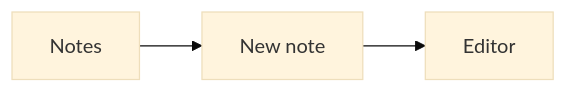
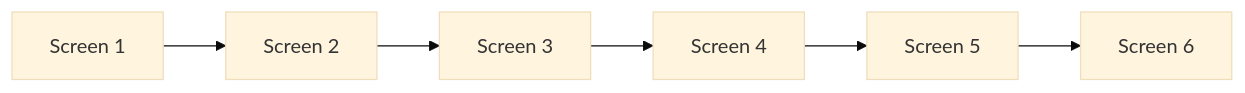
Before and after one commit to Dev-Corgi/Notes-Clone: the diagram in docs/apple-notes/flows/creating-a-note/README.md, drawn with Mermaid (base theme). The commit also changed other lines of this file and 100 other files, not shown here.

Commit message:
docs: verify Notes and scanning flows

````diff
--- a/docs/apple-notes/flows/creating-a-note/README.md
+++ b/docs/apple-notes/flows/creating-a-note/README.md
@@ -6,4 +10,14 @@
 ```mermaid
 flowchart LR
-  A[Notes] --> B[New note] --> C[Editor]
+  S1[Screen 1]
+  S2[Screen 2]
+  S3[Screen 3]
+  S4[Screen 4]
+  S5[Screen 5]
+  S6[Screen 6]
+  S1 --> S2
+  S2 --> S3
+  S3 --> S4
+  S4 --> S5
+  S5 --> S6
 ```
````
